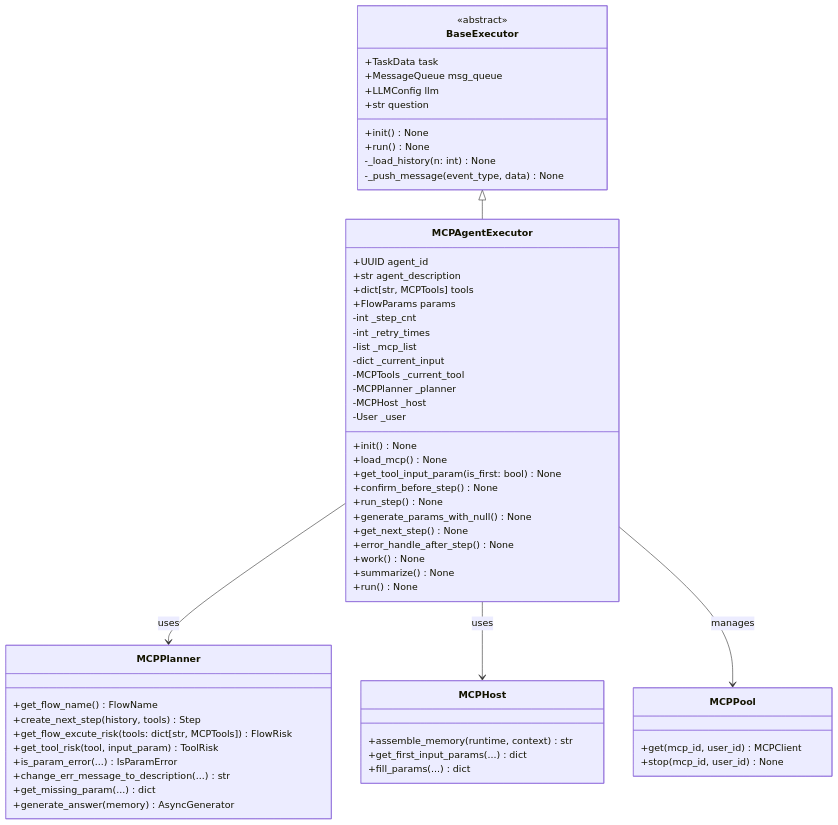
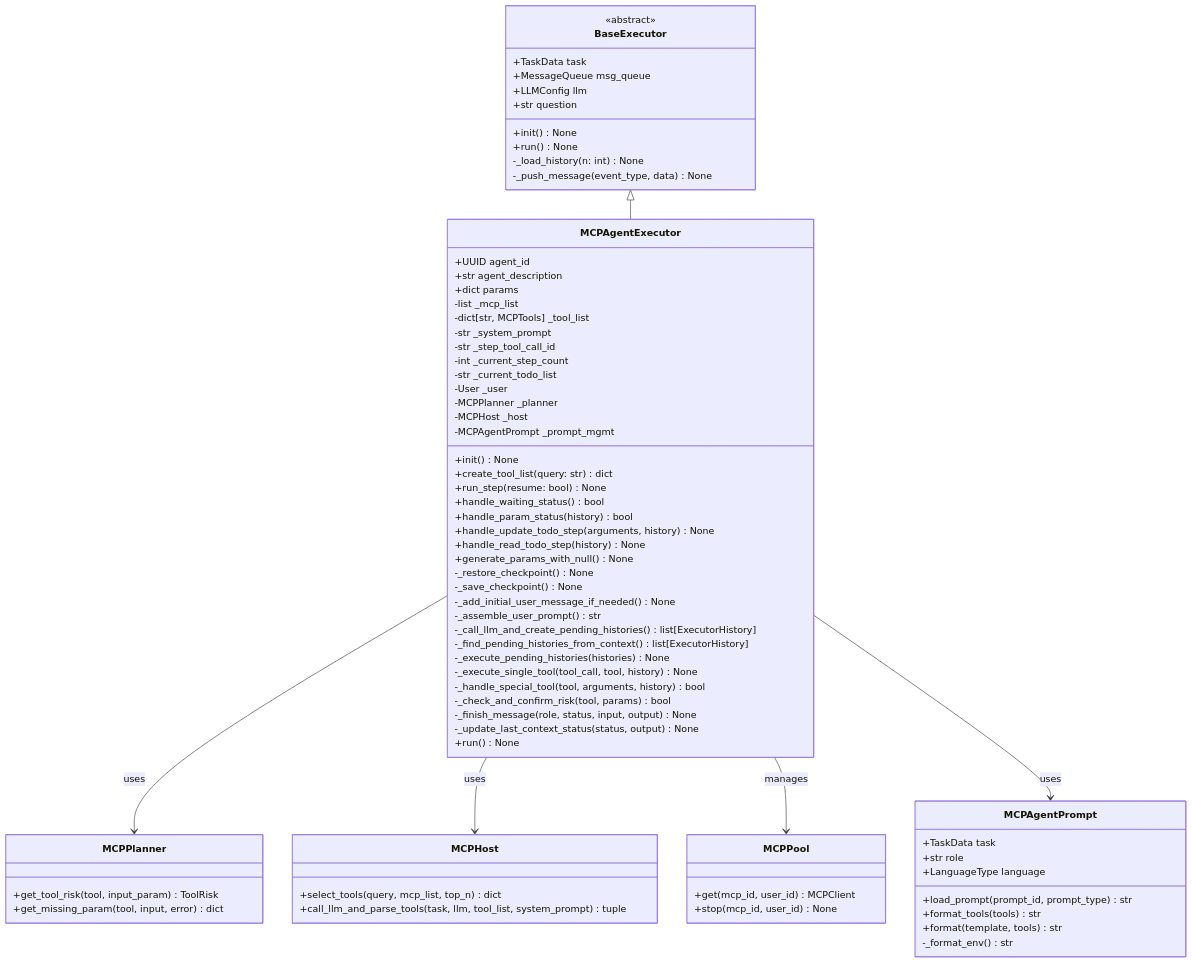
One commit to openeuler-mirror/euler-copilot-framework changed the first of 13 diagrams in design/executor/agent.md. Above: the diagram before and after it, drawn with Mermaid. The commit also changed other lines of this file and 3 other files, not shown here.

````diff
--- a/design/executor/agent.md
+++ b/design/executor/agent.md
@@ -28,67 +31,82 @@
 ```mermaid
 classDiagram
     class BaseExecutor {
         <<abstract>>
         +TaskData task
         +MessageQueue msg_queue
         +LLMConfig llm
         +str question
         +init() None
         +run() None
         -_load_history(n: int) None
         -_push_message(event_type, data) None
     }
 
+    class MCPAgentPrompt {
+        +TaskData task
+        +str role
+        +LanguageType language
+        +load_prompt(prompt_id, prompt_type) str
+        +format_tools(tools) str
+        +format(template, tools) str
+        -_format_env() str
+    }
+
     class MCPAgentExecutor {
         +UUID agent_id
         +str agent_description
-        +dict[str, MCPTools] tools
-        +FlowParams params
-        -int _step_cnt
-        -int _retry_times
+        +dict params
         -list _mcp_list
-        -dict _current_input
-        -MCPTools _current_tool
+        -dict[str, MCPTools] _tool_list
+        -str _system_prompt
+        -str _step_tool_call_id
+        -int _current_step_count
+        -str _current_todo_list
+        -User _user
         -MCPPlanner _planner
         -MCPHost _host
-        -User _user
+        -MCPAgentPrompt _prompt_mgmt
         +init() None
-        +load_mcp() None
-        +get_tool_input_param(is_first: bool) None
-        +confirm_before_step() None
-        +run_step() None
+        +create_tool_list(query: str) dict
+        +run_step(resume: bool) None
+        +handle_waiting_status() bool
+        +handle_param_status(history) bool
+        +handle_update_todo_step(arguments, history) None
+        +handle_read_todo_step(history) None
         +generate_params_with_null() None
-        +get_next_step() None
-        +error_handle_after_step() None
-        +work() None
-        +summarize() None
+        -_restore_checkpoint() None
+        -_save_checkpoint() None
+        -_add_initial_user_message_if_needed() None
+        -_assemble_user_prompt() str
+        -_call_llm_and_create_pending_histories() list[ExecutorHistory]
+        -_find_pending_histories_from_context() list[ExecutorHistory]
+        -_execute_pending_histories(histories) None
+        -_execute_single_tool(tool_call, tool, history) None
+        -_handle_special_tool(tool, arguments, history) bool
+        -_check_and_confirm_risk(tool, params) bool
+        -_finish_message(role, status, input, output) None
+        -_update_last_context_status(status, output) None
         +run() None
     }
 
     class MCPPlanner {
-        +get_flow_name() FlowName
-        +create_next_step(history, tools) Step
-        +get_flow_excute_risk(tools: dict[str, MCPTools]) FlowRisk
         +get_tool_risk(tool, input_param) ToolRisk
-        +is_param_error(...) IsParamError
-        +change_err_message_to_description(...) str
-        +get_missing_param(...) dict
-        +generate_answer(memory) AsyncGenerator
+        +get_missing_param(tool, input, error) dict
     }
 
     class MCPHost {
-        +assemble_memory(runtime, context) str
-        +get_first_input_params(...) dict
-        +fill_params(...) dict
+        +select_tools(query, mcp_list, top_n) dict
+        +call_llm_and_parse_tools(task, llm, tool_list, system_prompt) tuple
     }
 
     class MCPPool {
         +get(mcp_id, user_id) MCPClient
         +stop(mcp_id, user_id) None
     }
 
     BaseExecutor <|-- MCPAgentExecutor
     MCPAgentExecutor --> MCPPlanner : uses
     MCPAgentExecutor --> MCPHost : uses
     MCPAgentExecutor --> MCPPool : manages
+    MCPAgentExecutor --> MCPAgentPrompt : uses
 ```
````
